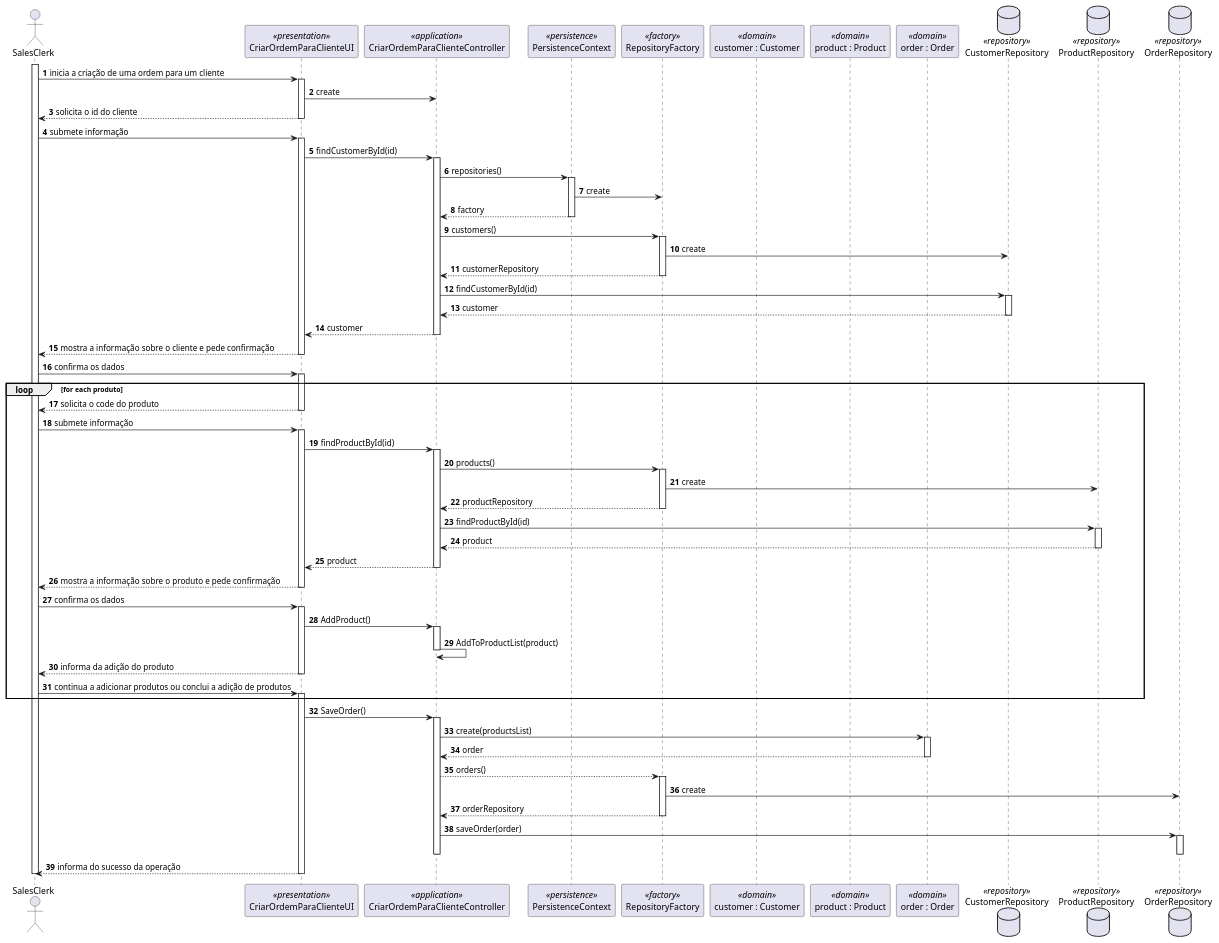
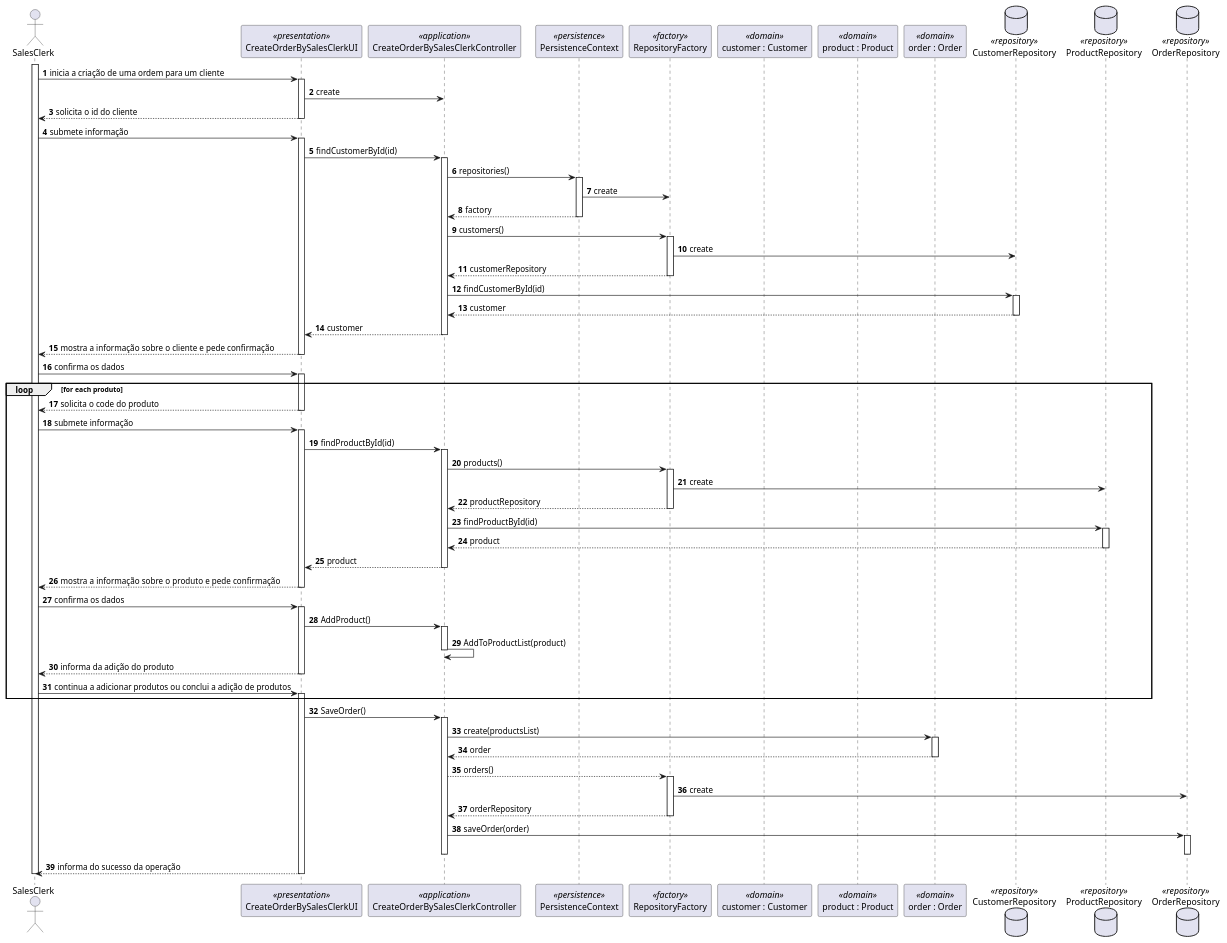
The diagram in Documentação/1190679/US1004/1004_SD.puml (1190772/LAB-Project-4), drawn with PlantUML before and after one commit. The commit also changed 10 other files, not shown here.

```diff
--- a/Documentação/1190679/US1004/1004_SD.puml
+++ b/Documentação/1190679/US1004/1004_SD.puml
@@ -1,99 +1,99 @@
 @startuml
 autonumber
 actor "SalesClerk" as SC
-participant "CriarOrdemParaClienteUI" as UI <<presentation>>
-participant "CriarOrdemParaClienteController" as CTRL <<application>>
+participant "CreateOrderBySalesClerkUI" as UI <<presentation>>
+participant "CreateOrderBySalesClerkController" as CTRL <<application>>
 participant PersistenceContext as PER <<persistence>>
 participant "RepositoryFactory" as REPOFACT <<factory>>
 participant "customer : Customer" as CUST <<domain>>
 participant "product : Product" as PROD <<domain>>
 participant "order : Order" as ORD <<domain>>
 database "CustomerRepository" as custREPO <<repository>>
 database "ProductRepository" as prodREPO <<repository>>
 database "OrderRepository" as ordREPO <<repository>>
 
 
 
 activate SC
 SC -> UI : inicia a criação de uma ordem para um cliente
 activate UI
 UI -> CTRL : create
 UI --> SC : solicita o id do cliente
 deactivate UI
 SC -> UI : submete informação
 activate UI
 UI -> CTRL : findCustomerById(id)
 activate CTRL
 CTRL -> PER : repositories()
 activate PER
 PER -> REPOFACT : create
 PER --> CTRL : factory
 deactivate PER
 CTRL -> REPOFACT : customers()
 activate REPOFACT
 REPOFACT -> custREPO : create
 REPOFACT --> CTRL : customerRepository
 deactivate REPOFACT
 CTRL -> custREPO : findCustomerById(id)
 activate custREPO
 custREPO --> CTRL : customer
 deactivate custREPO
 CTRL --> UI : customer
 deactivate CTRL
 UI --> SC : mostra a informação sobre o cliente e pede confirmação
 deactivate UI
 SC -> UI : confirma os dados
 activate UI
 
 loop for each produto
 UI --> SC : solicita o code do produto
 deactivate UI
 SC -> UI : submete informação
 activate UI
 UI -> CTRL : findProductById(id)
 activate CTRL
 CTRL -> REPOFACT : products()
 activate REPOFACT
 REPOFACT -> prodREPO : create
 REPOFACT --> CTRL : productRepository
 deactivate REPOFACT
 CTRL -> prodREPO : findProductById(id)
 activate prodREPO
 prodREPO --> CTRL : product
 deactivate prodREPO
 CTRL --> UI : product
 deactivate CTRL
 UI --> SC : mostra a informação sobre o produto e pede confirmação
 deactivate UI
 SC -> UI : confirma os dados
 activate UI
 UI -> CTRL : AddProduct()
 activate CTRL
 CTRL -> CTRL : AddToProductList(product)
 deactivate CTRL
 UI --> SC : informa da adição do produto
 deactivate UI
 SC -> UI : continua a adicionar produtos ou conclui a adição de produtos
 activate UI
 end
 UI -> CTRL : SaveOrder()
 activate CTRL
 CTRL -> ORD : create(productsList)
 activate ORD
 ORD --> CTRL : order
 deactivate ORD
 CTRL --> REPOFACT : orders()
 activate REPOFACT
 REPOFACT -> ordREPO : create
 REPOFACT --> CTRL : orderRepository
 deactivate REPOFACT
 CTRL -> ordREPO : saveOrder(order)
 activate ordREPO
 deactivate ordREPO
 deactivate CTRL
 UI --> SC : informa do sucesso da operação
 deactivate UI
 
 deactivate SC
 
 @enduml
```
